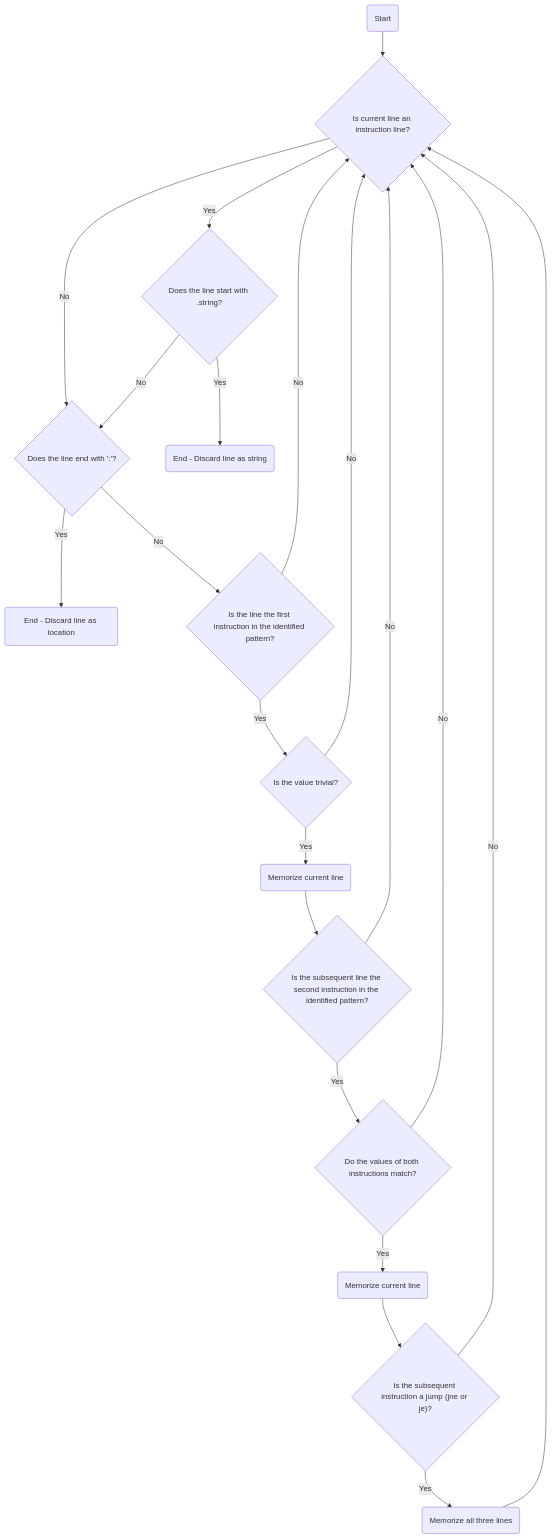
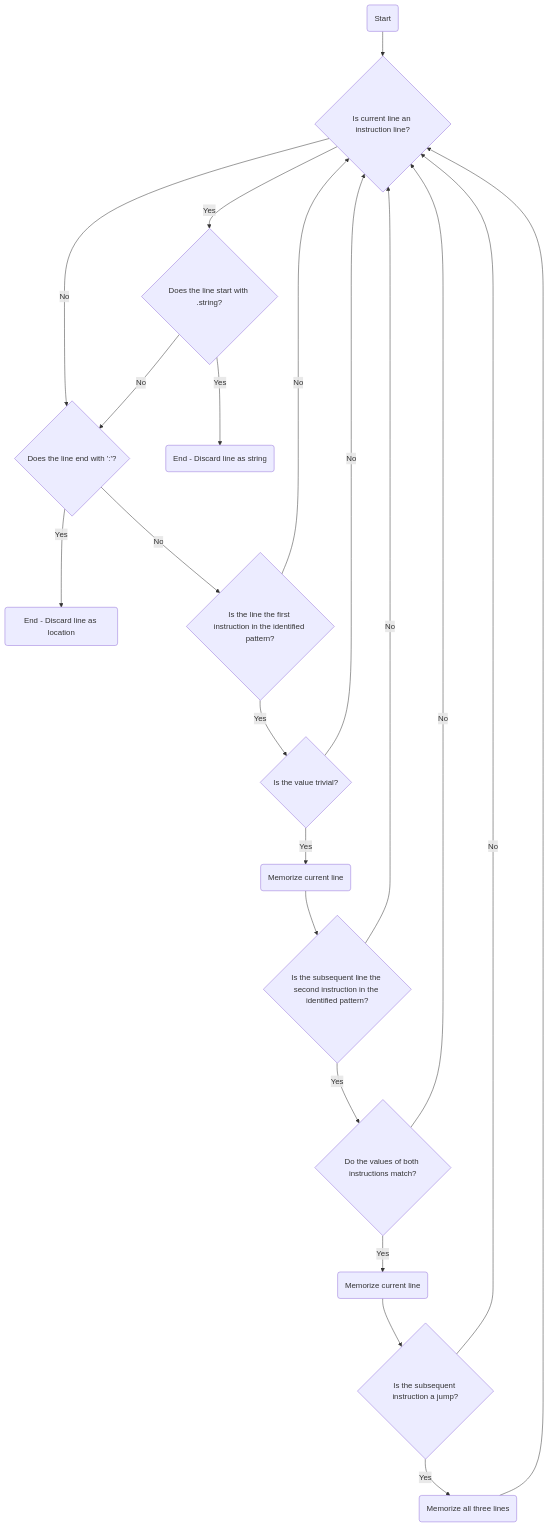
The first of 2 diagrams in docs/branch_detection.md (UCdasec/FaultArm), drawn with Mermaid before and after one commit. The commit also changed other lines of this file, not shown here.

````diff
--- a/docs/branch_detection.md
+++ b/docs/branch_detection.md
@@ -109,25 +115,25 @@
 ```mermaid
 flowchart TD
 
 A(Start) --> B{"Is current line an instruction line?"}
 B -- Yes --> C{"Does the line start with .string?"}
 B -- No --> D{"Does the line end with ':'?"}
 C -- Yes --> E(End - Discard line as string)
 C -- No --> D
 D -- Yes --> F(End - Discard line as location)
 D -- No --> G{Is the line the first instruction in the identified pattern?}
 G -- Yes --> H{Is the value trivial?}
 G -- No --> B
 H -- Yes --> I(Memorize current line)
 H -- No --> B
 I --> J{Is the subsequent line the second instruction in the identified pattern?}
 J -- Yes --> K{Do the values of both instructions match?}
 J -- No --> B
 K -- Yes --> L(Memorize current line)
 K -- No --> B
-L --> M{"Is the subsequent instruction a jump (jne or je)?"}
+L --> M{"Is the subsequent instruction a jump?"}
 M -- Yes --> N(Memorize all three lines)
 M -- No --> B
 N --> B
 
 ```
````
